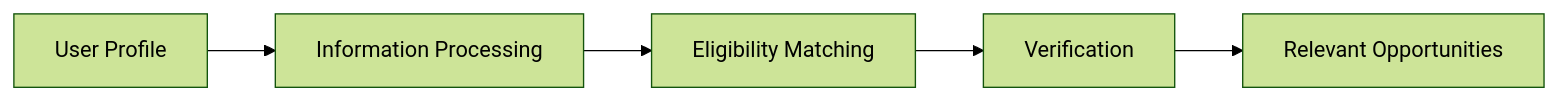
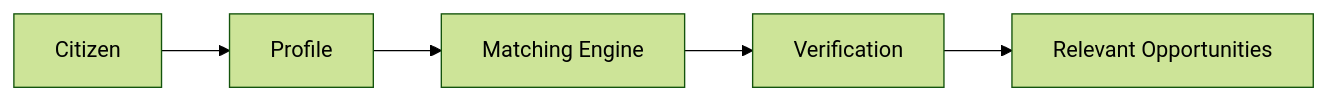
Before and after one commit to heeraOp/heeraOp: the first of 6 diagrams in README.md, drawn with Mermaid (forest theme). The commit also changed other lines of this file, not shown here.

````diff
--- a/README.md
+++ b/README.md
@@ -57,7 +92,7 @@
 ```mermaid
 flowchart LR
-    A[User Profile] --> B[Information Processing]
-    B --> C[Eligibility Matching]
+    A[Citizen] --> B[Profile]
+    B --> C[Matching Engine]
     C --> D[Verification]
     D --> E[Relevant Opportunities]
 ```
````
